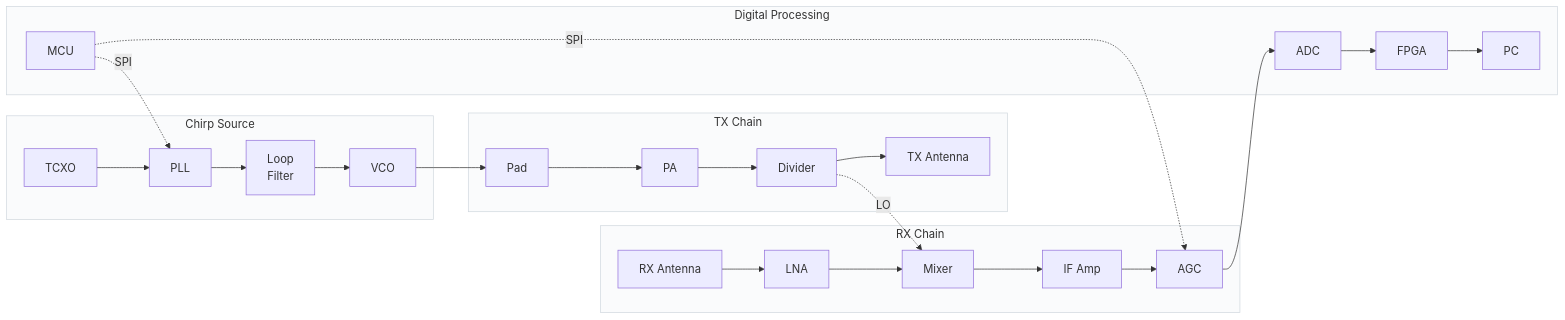
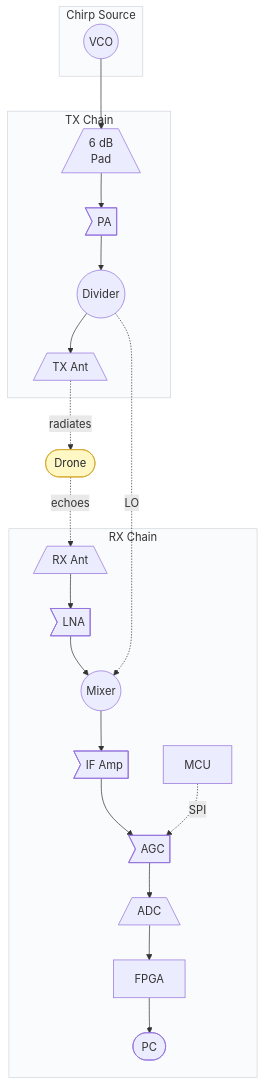
Before and after one commit to oliskcz/Lyrion-Radar: the fourth of 4 diagrams in PLAN.md, drawn with Mermaid. The commit also changed other lines of this file and 1 other file, not shown here.

Commit message:
System Overview: use RF block diagram shapes (trapezoid antenna, flag amp, circle mixer, stadium PLL, diamond filter, parallelogram ADC). Signal Chain: split into TX / RX / Complete paths with shape-consistent diagrams. Complete path shows target/drone explicitly

````diff
--- a/PLAN.md
+++ b/PLAN.md
@@ -20,28 +168,26 @@
 ```mermaid
-flowchart LR
+flowchart TB
     subgraph CHIRP["Chirp Source"]
-        TCXO[TCXO] --> PLL[PLL] --> LF[Loop<br/>Filter] --> VCO[VCO]
+        VCO(("VCO"))
     end
 
     subgraph TX["TX Chain"]
-        VCO --> PAD[Pad] --> PA[PA] --> DIV[Divider]
-        DIV --> TXA[TX Antenna]
+        VCO --> PAD[/"6 dB<br/>Pad"\] --> PA>"PA"] --> DIV(("Divider"))
+        DIV --> TXANT[/"TX Ant"\]
     end
 
     subgraph RX["RX Chain"]
-        RXA2[RX Antenna] --> LNA2[LNA] --> MIX[Mixer]
+        RXANT[/"RX Ant"\] --> LNA>"LNA"] --> MIX(("Mixer"))
         DIV -. LO .-> MIX
-        MIX --> IFA[IF Amp] --> AGC2[AGC]
+        MIX --> IFA>"IF Amp"] --> AGC>"AGC"] --> ADC[/"ADC"\] --> FPGA["FPGA"] --> PC(["PC"])
+        MCU["MCU"] -. SPI .-> AGC
     end
 
-    subgraph DSP["Digital Processing"]
-        AGC2 --> ADC2[ADC] --> FPGA2[FPGA] --> PC2[PC]
-        MCU2[MCU] -. SPI .-> PLL
-        MCU2 -. SPI .-> AGC2
-    end
+    TXANT -. radiates .-> TARGET(["Drone"])
+    TARGET -. echoes .-> RXANT
 
     style CHIRP fill:#fafbfc,stroke:#d0d7de
     style TX fill:#fafbfc,stroke:#d0d7de
     style RX fill:#fafbfc,stroke:#d0d7de
-    style DSP fill:#fafbfc,stroke:#d0d7de
+    style TARGET fill:#fff8c5,stroke:#d4a72c,color:#24292f
 ```
````
